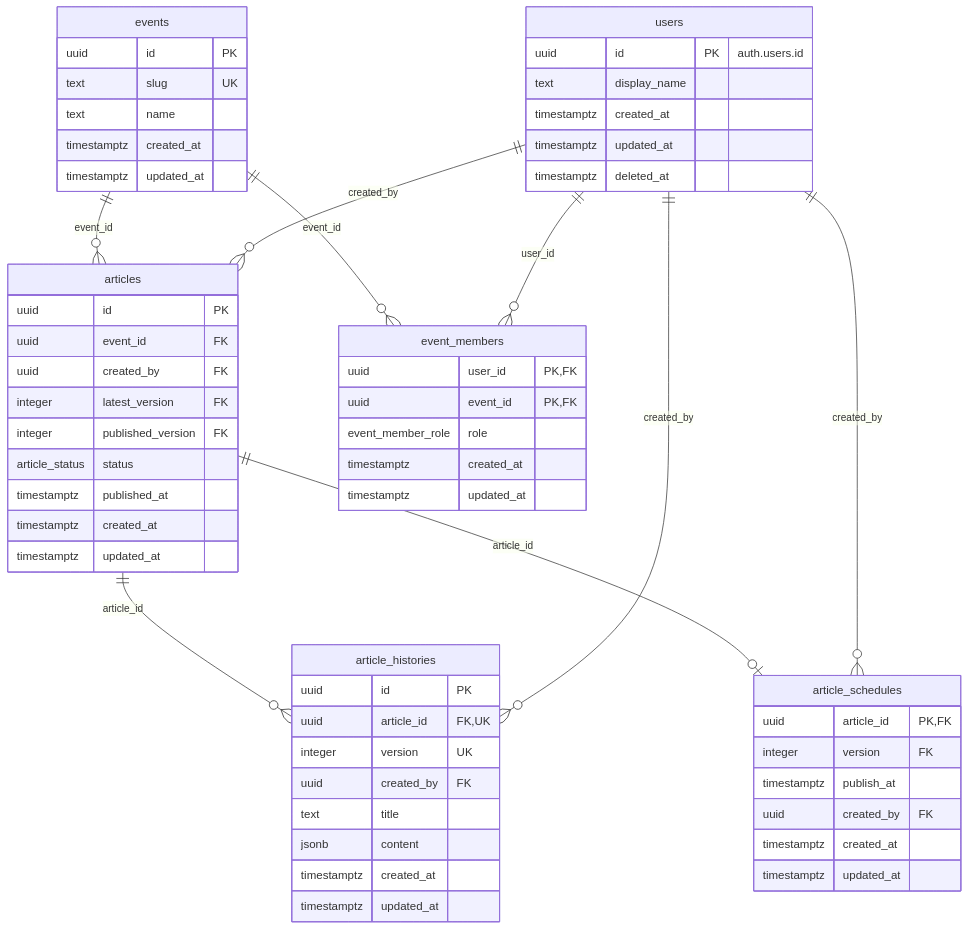
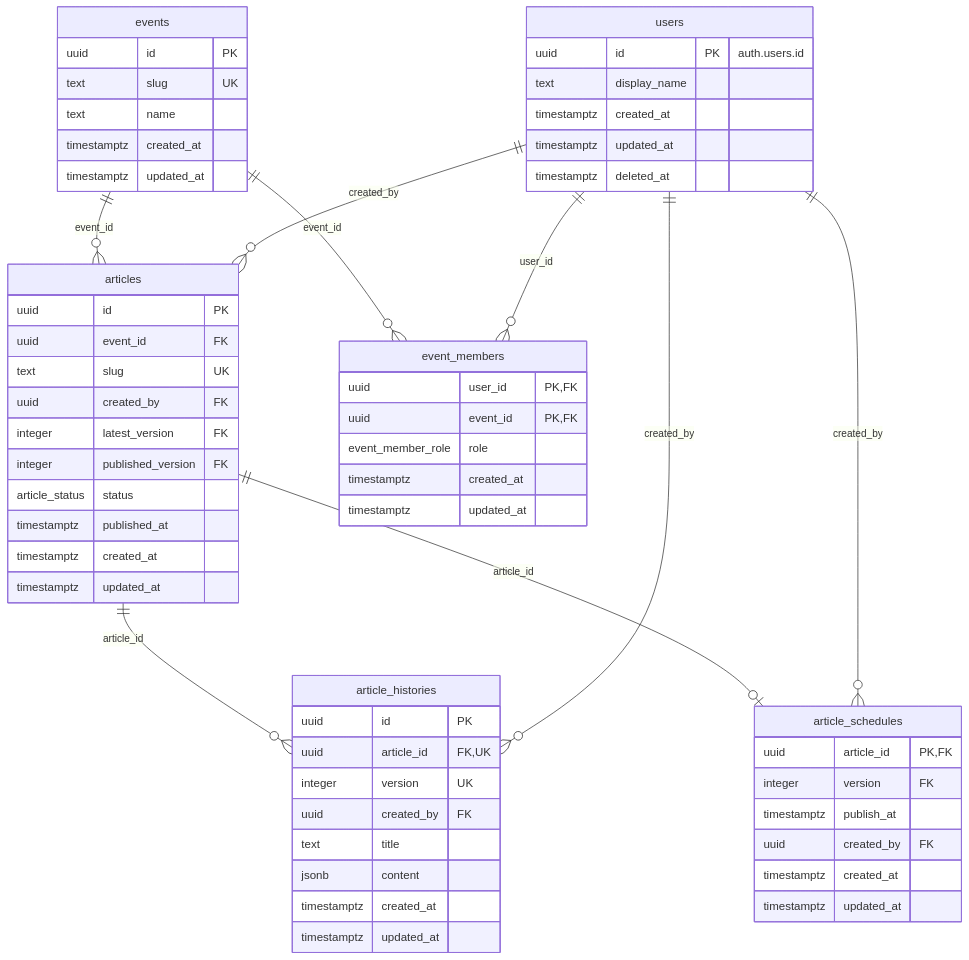
The diagram in docs/db.md (Studio-Takumi/fesp-suite), drawn with Mermaid before and after one commit. The commit also changed other lines of this file and 2 other files, not shown here.

Commit message:
docs: #29 記事のパス（slug）とウェブアプリのページの仕様を追加

````diff
--- a/docs/db.md
+++ b/docs/db.md
@@ -3,67 +3,68 @@
 ```mermaid
 erDiagram
     events ||--o{ articles : "event_id"
     events ||--o{ event_members : "event_id"
     users ||--o{ event_members : "user_id"
     users ||--o{ articles : "created_by"
     articles ||--o{ article_histories : "article_id"
     users ||--o{ article_histories : "created_by"
     articles ||--o| article_schedules : "article_id"
     users ||--o{ article_schedules : "created_by"
 
     events {
         uuid id PK
         text slug UK
         text name
         timestamptz created_at
         timestamptz updated_at
     }
 
     articles {
         uuid id PK
         uuid event_id FK
+        text slug UK
         uuid created_by FK
         integer latest_version FK
         integer published_version FK
         article_status status
         timestamptz published_at
         timestamptz created_at
         timestamptz updated_at
     }
 
     article_histories {
         uuid id PK
         uuid article_id FK,UK
         integer version UK
         uuid created_by FK
         text title
         jsonb content
         timestamptz created_at
         timestamptz updated_at
     }
 
     article_schedules {
         uuid article_id PK,FK
         integer version FK
         timestamptz publish_at
         uuid created_by FK
         timestamptz created_at
         timestamptz updated_at
     }
 
     users {
         uuid id PK "auth.users.id"
         text display_name
         timestamptz created_at
         timestamptz updated_at
         timestamptz deleted_at
     }
 
     event_members {
         uuid user_id PK,FK
         uuid event_id PK,FK
         event_member_role role
         timestamptz created_at
         timestamptz updated_at
     }
 ```
````
